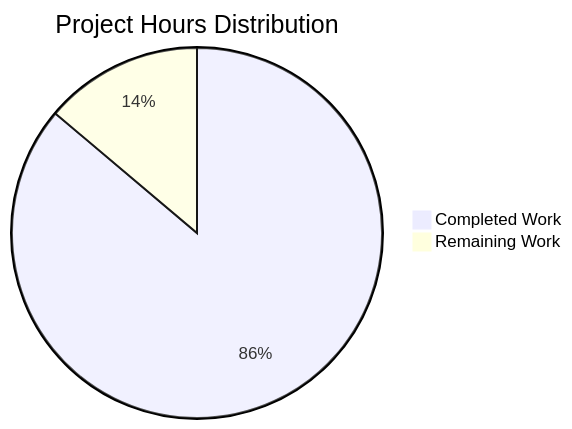
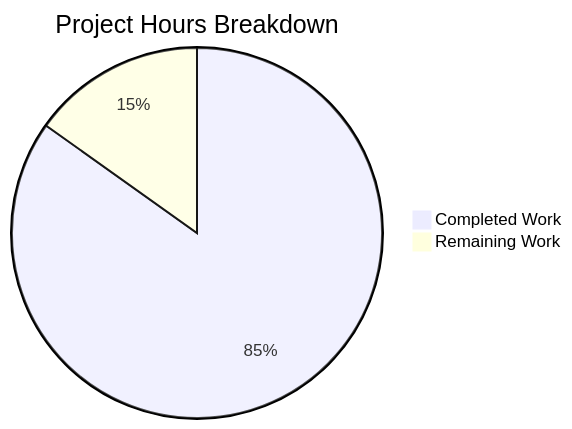
One commit to blitzy-public-samples/blitzy-WebVella-ERP changed the diagram in blitzy/documentation/Project Guide.md. Above: the diagram before and after it, drawn with Mermaid. The commit also changed other lines of this file, not shown here.

Commit message:
Adding Blitzy Project Guide: Project Status and Human Tasks Remaining

````diff
--- a/blitzy/documentation/Project Guide.md
+++ b/blitzy/documentation/Project Guide.md
@@ -32,5 +59,5 @@
 ```mermaid
-pie title Project Hours Distribution
-    "Completed Work" : 280
-    "Remaining Work" : 45
+pie title Project Hours Breakdown
+    "Completed Work" : 224
+    "Remaining Work" : 40
 ```
````
